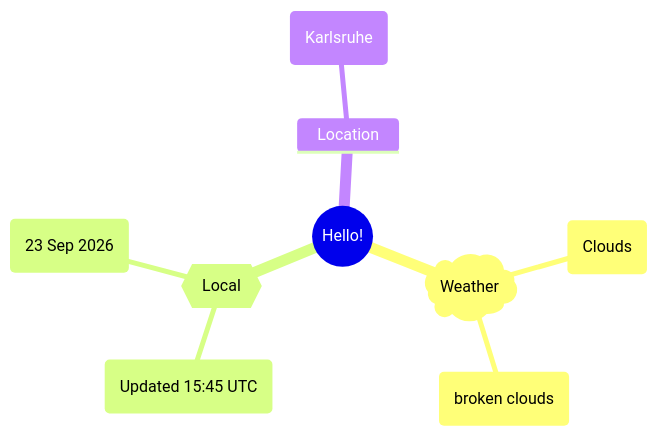
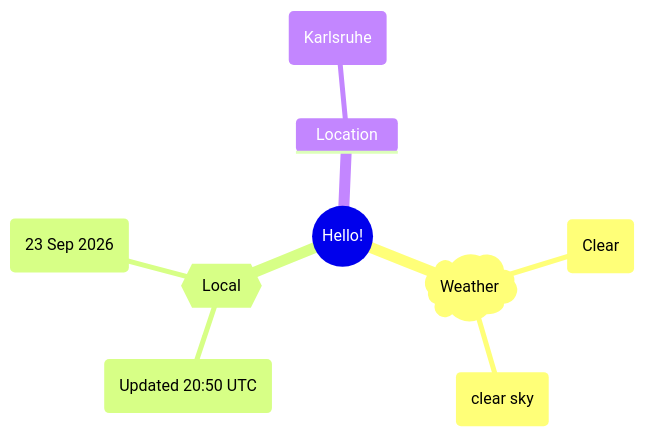
The first of 2 diagrams in README.md (Xosrov/Xosrov), drawn with Mermaid before and after one commit.

Commit message:
[bot] updated images

````diff
--- a/README.md
+++ b/README.md
@@ -3,12 +3,12 @@
 ```mermaid
 mindmap
   root((Hello!))
     )Weather(
-        (Clouds)
-        (broken clouds)
+        (Clear)
+        (clear sky)
     {{Local}}
-        (Updated 15:45 UTC)
+        (Updated 20:50 UTC)
         (23 Sep 2026)
     Location
         (Karlsruhe)
 ```
````
